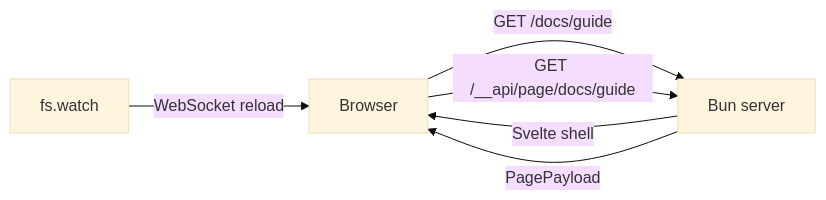
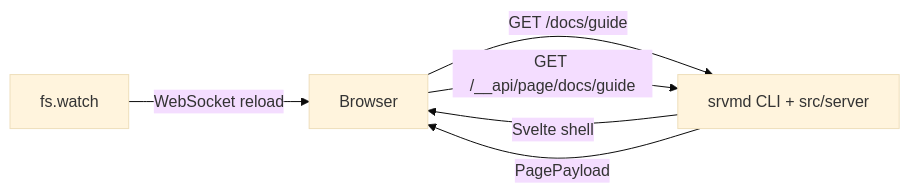
Before and after one commit to luohuidong/srvmd: the diagram in AGENTS.md, drawn with Mermaid (base theme). The commit also changed other lines of this file and 265 other files, not shown here.

````diff
--- a/AGENTS.md
+++ b/AGENTS.md
@@ -44,8 +26,8 @@
 ```mermaid
 flowchart LR
-  Browser -->|GET /docs/guide| Server[Bun server]
+  Browser -->|GET /docs/guide| Server[srvmd CLI + src/server]
   Server -->|Svelte shell| Browser
   Browser -->|GET /__api/page/docs/guide| Server
   Server -->|PagePayload| Browser
   Watcher[fs.watch] -->|WebSocket reload| Browser
 ```
````
